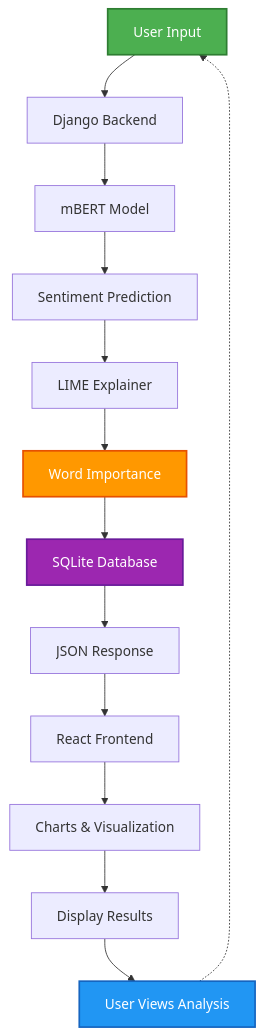
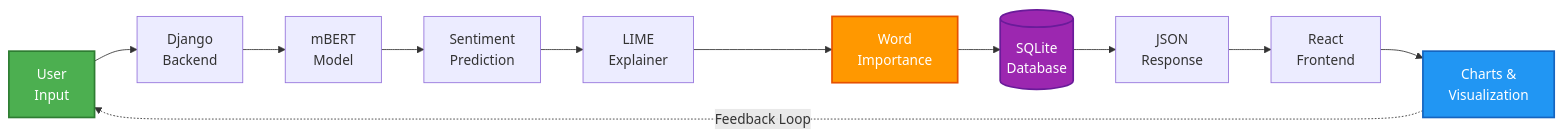
One commit to alphapie77/BanglaMovieReviewer changed the second of 2 diagrams in README.md. Above: the diagram before and after it, drawn with Mermaid.

Commit message:
Convert How It Works to horizontal flow with feedback loop

````diff
--- a/README.md
+++ b/README.md
@@ -221,20 +221,18 @@
 ```mermaid
-graph TD
-    A[User Input] --> B[Django Backend]
-    B --> C[mBERT Model]
-    C --> D[Sentiment Prediction]
-    D --> E[LIME Explainer]
-    E --> F[Word Importance]
-    F --> G[SQLite Database]
-    G --> H[JSON Response]
-    H --> I[React Frontend]
-    I --> J[Charts & Visualization]
-    J --> K[Display Results]
-    K --> L[User Views Analysis]
-    L -.-> A
+graph LR
+    A[User<br/>Input] --> B[Django<br/>Backend]
+    B --> C[mBERT<br/>Model]
+    C --> D[Sentiment<br/>Prediction]
+    D --> E[LIME<br/>Explainer]
+    E --> F[Word<br/>Importance]
+    F --> G[(SQLite<br/>Database)]
+    G --> H[JSON<br/>Response]
+    H --> I[React<br/>Frontend]
+    I --> J[Charts &<br/>Visualization]
+    J -.Feedback Loop.-> A
     
     style A fill:#4CAF50,stroke:#2E7D32,stroke-width:2px,color:#fff
-    style L fill:#2196F3,stroke:#1565C0,stroke-width:2px,color:#fff
+    style J fill:#2196F3,stroke:#1565C0,stroke-width:2px,color:#fff
     style F fill:#FF9800,stroke:#E65100,stroke-width:2px,color:#fff
     style G fill:#9C27B0,stroke:#6A1B9A,stroke-width:2px,color:#fff
 ```
````
